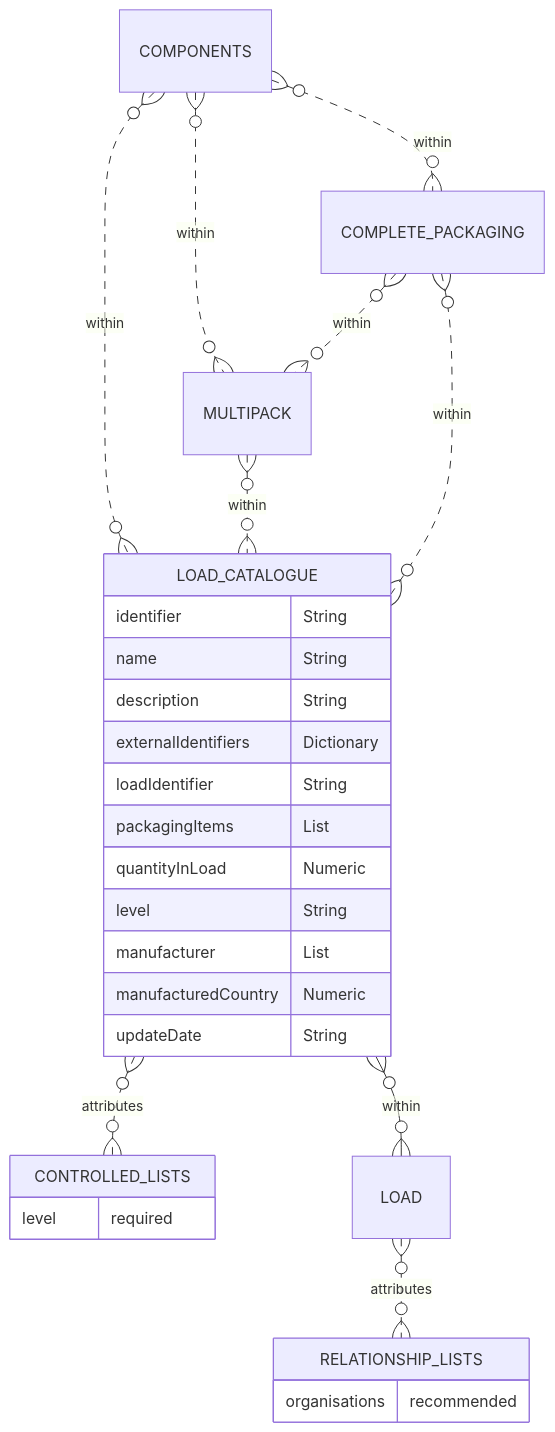
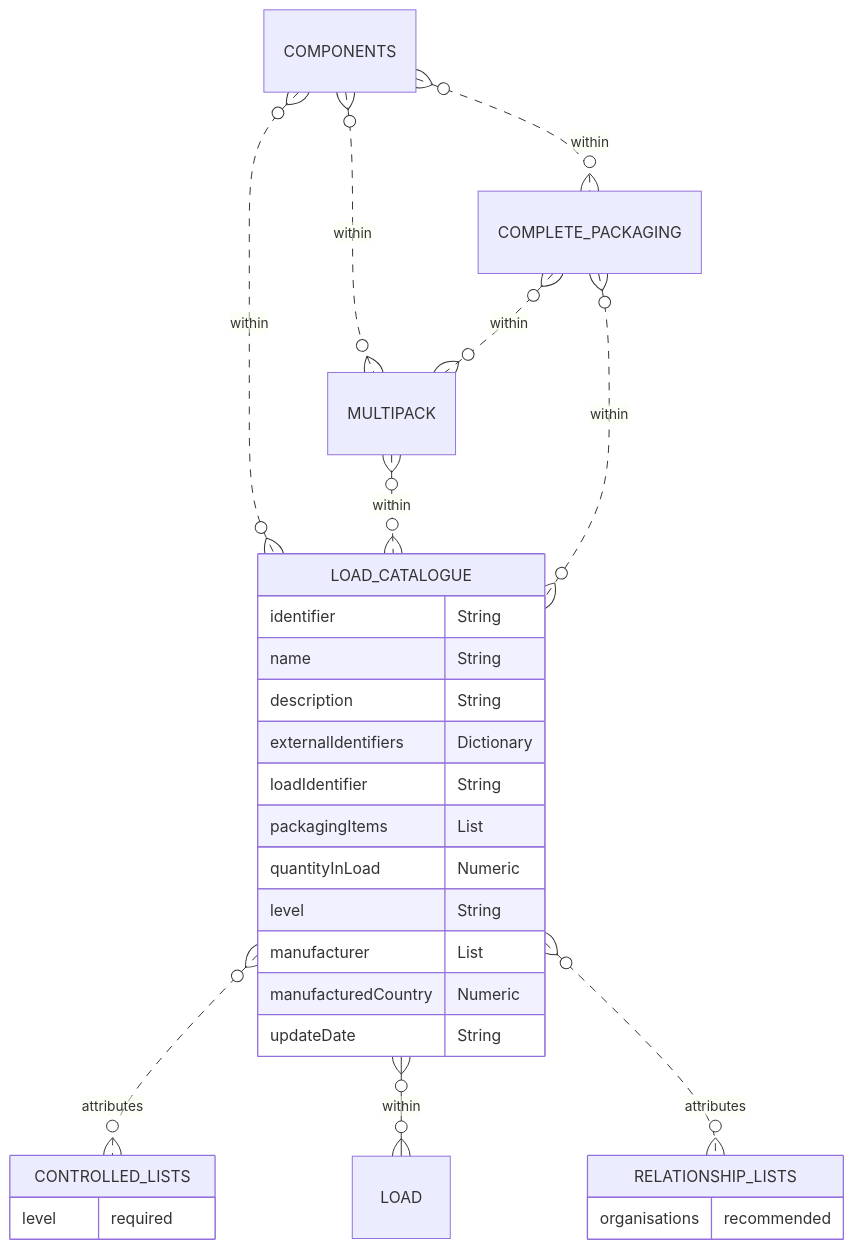
One commit to OpenDataManchester/Open3P changed the diagram in docs/3_Data_Specification/3_6_Load_Catalogue.md. Above: the diagram before and after it, drawn with Mermaid. The commit also changed 2 other files, not shown here.

Commit message:
fixed diagram issues

````diff
--- a/docs/3_Data_Specification/3_6_Load_Catalogue.md
+++ b/docs/3_Data_Specification/3_6_Load_Catalogue.md
@@ -27,32 +27,32 @@
 ``` mermaid
 erDiagram
 COMPONENTS }o..o{ LOAD_CATALOGUE : within
 COMPONENTS }o..o{ COMPLETE_PACKAGING : within
 COMPONENTS }o..o{ MULTIPACK : within
 MULTIPACK }o..o{ LOAD_CATALOGUE : within
 COMPLETE_PACKAGING }o..o{ LOAD_CATALOGUE : within
 COMPLETE_PACKAGING }o..o{ MULTIPACK : within
 
   LOAD_CATALOGUE {
     identifier String
     name String
     description String
     externalIdentifiers Dictionary
     loadIdentifier String
     packagingItems List
     quantityInLoad Numeric
     level String
     manufacturer List
     manufacturedCountry Numeric
     updateDate String
   }
   LOAD_CATALOGUE }o..o{ CONTROLLED_LISTS : attributes
   LOAD_CATALOGUE }o--o{ LOAD : within
         CONTROLLED_LISTS {
     level required
     }
-  LOAD }o..o{ RELATIONSHIP_LISTS : attributes
+  LOAD_CATALOGUE }o..o{ RELATIONSHIP_LISTS : attributes
         RELATIONSHIP_LISTS {
     organisations recommended
     } 
 ```
````
